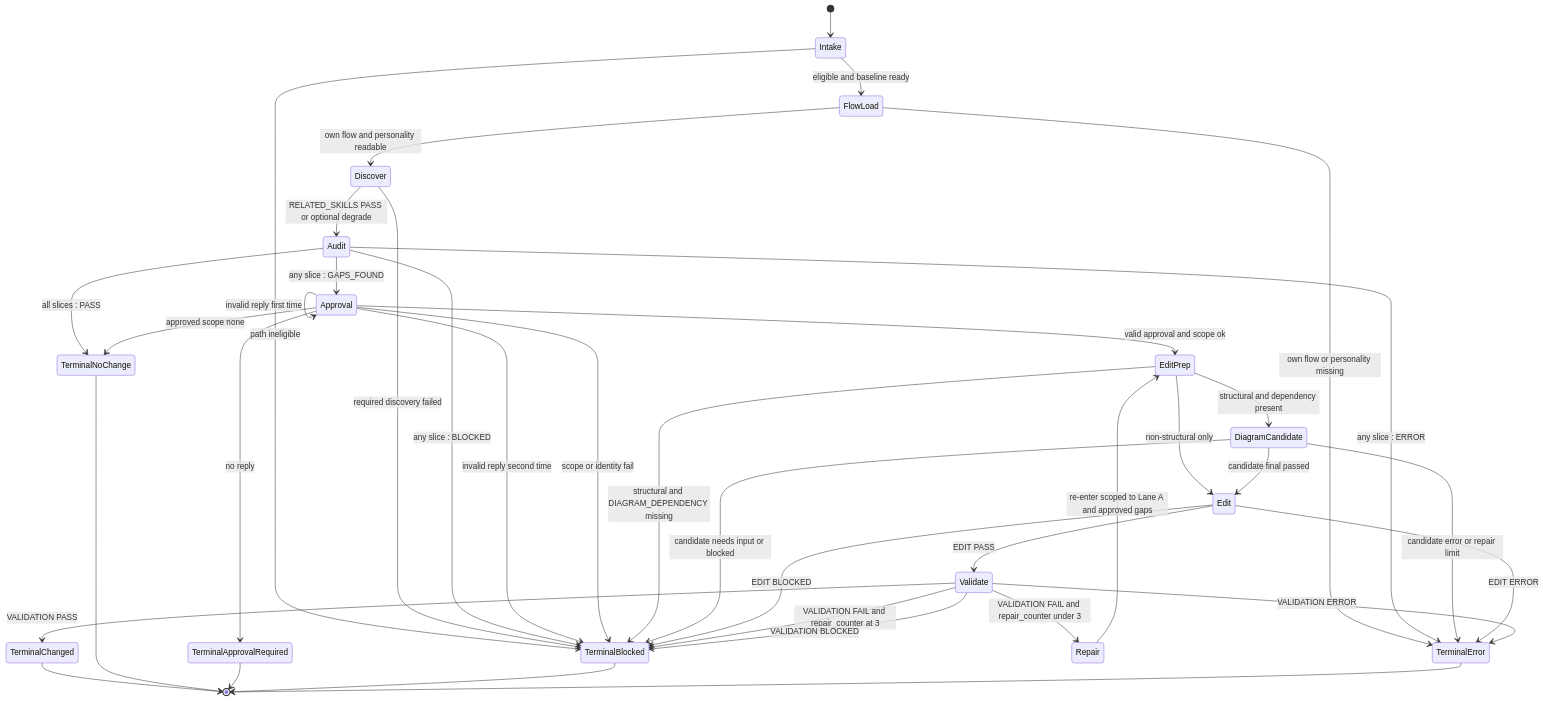
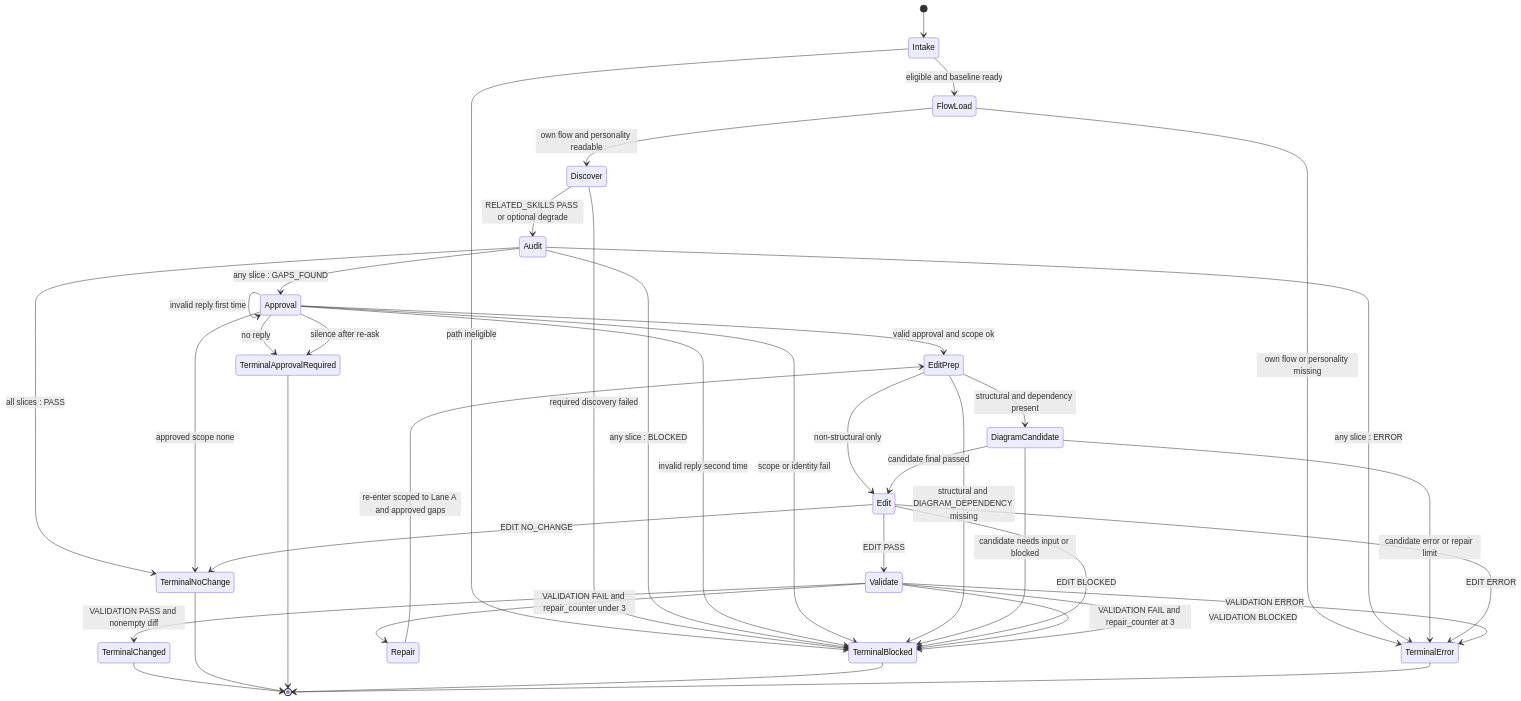
Before and after one commit to b-mendoza/agent-skills: the diagram in skills/improving-skill-definition/flow-diagram.md, drawn with Mermaid. The commit also changed other lines of this file and 3 other files, not shown here.

````diff
--- a/skills/improving-skill-definition/flow-diagram.md
+++ b/skills/improving-skill-definition/flow-diagram.md
@@ -11,51 +10,53 @@
 ```mermaid
 stateDiagram-v2
   [*] --> Intake
 
   Intake --> FlowLoad: eligible and baseline ready
   Intake --> TerminalBlocked: path ineligible
 
   FlowLoad --> Discover: own flow and personality readable
   FlowLoad --> TerminalError: own flow or personality missing
 
   Discover --> Audit: RELATED_SKILLS PASS or optional degrade
   Discover --> TerminalBlocked: required discovery failed
 
   Audit --> TerminalError: any slice : ERROR
   Audit --> TerminalBlocked: any slice : BLOCKED
   Audit --> Approval: any slice : GAPS_FOUND
   Audit --> TerminalNoChange: all slices : PASS
 
   Approval --> TerminalApprovalRequired: no reply
   Approval --> Approval: invalid reply first time
   Approval --> TerminalBlocked: invalid reply second time
+  Approval --> TerminalApprovalRequired: silence after re-ask
   Approval --> TerminalNoChange: approved scope none
   Approval --> TerminalBlocked: scope or identity fail
   Approval --> EditPrep: valid approval and scope ok
 
   EditPrep --> TerminalBlocked: structural and DIAGRAM_DEPENDENCY missing
   EditPrep --> DiagramCandidate: structural and dependency present
   EditPrep --> Edit: non-structural only
 
   DiagramCandidate --> Edit: candidate final passed
   DiagramCandidate --> TerminalBlocked: candidate needs input or blocked
   DiagramCandidate --> TerminalError: candidate error or repair limit
 
   Edit --> Validate: EDIT PASS
+  Edit --> TerminalNoChange: EDIT NO_CHANGE
   Edit --> TerminalBlocked: EDIT BLOCKED
   Edit --> TerminalError: EDIT ERROR
 
-  Validate --> TerminalChanged: VALIDATION PASS
+  Validate --> TerminalChanged: VALIDATION PASS and nonempty diff
   Validate --> Repair: VALIDATION FAIL and repair_counter under 3
   Validate --> TerminalBlocked: VALIDATION FAIL and repair_counter at 3
   Validate --> TerminalBlocked: VALIDATION BLOCKED
   Validate --> TerminalError: VALIDATION ERROR
 
   Repair --> EditPrep: re-enter scoped to Lane A and approved gaps
 
   TerminalChanged --> [*]
   TerminalNoChange --> [*]
   TerminalApprovalRequired --> [*]
   TerminalBlocked --> [*]
   TerminalError --> [*]
 ```
````
